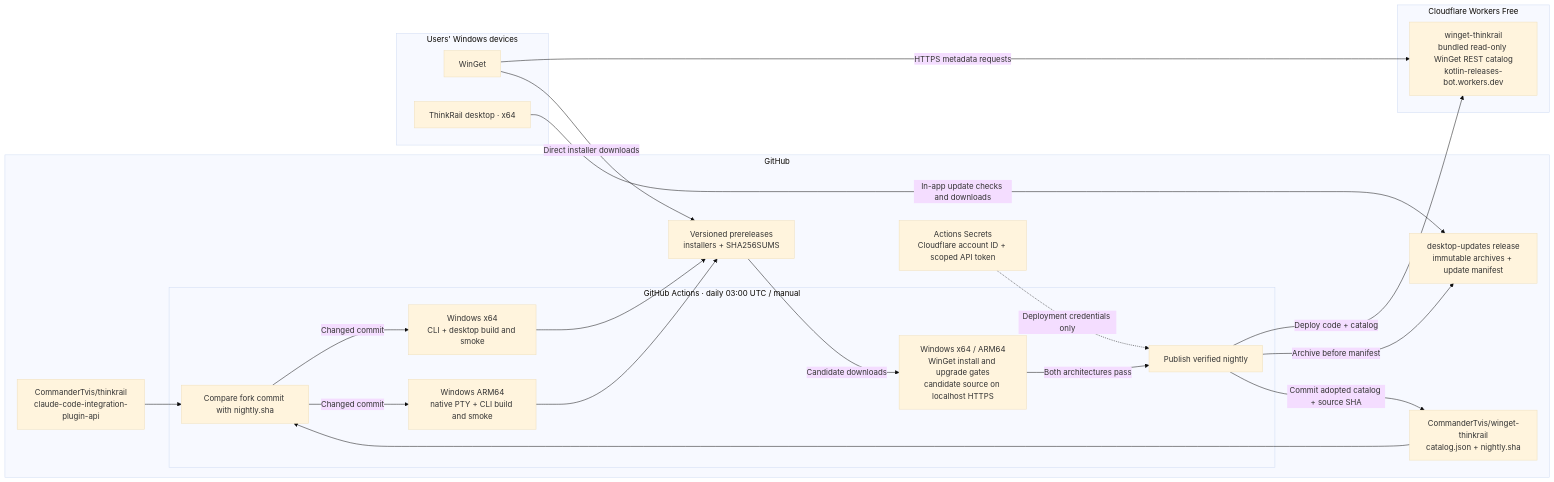
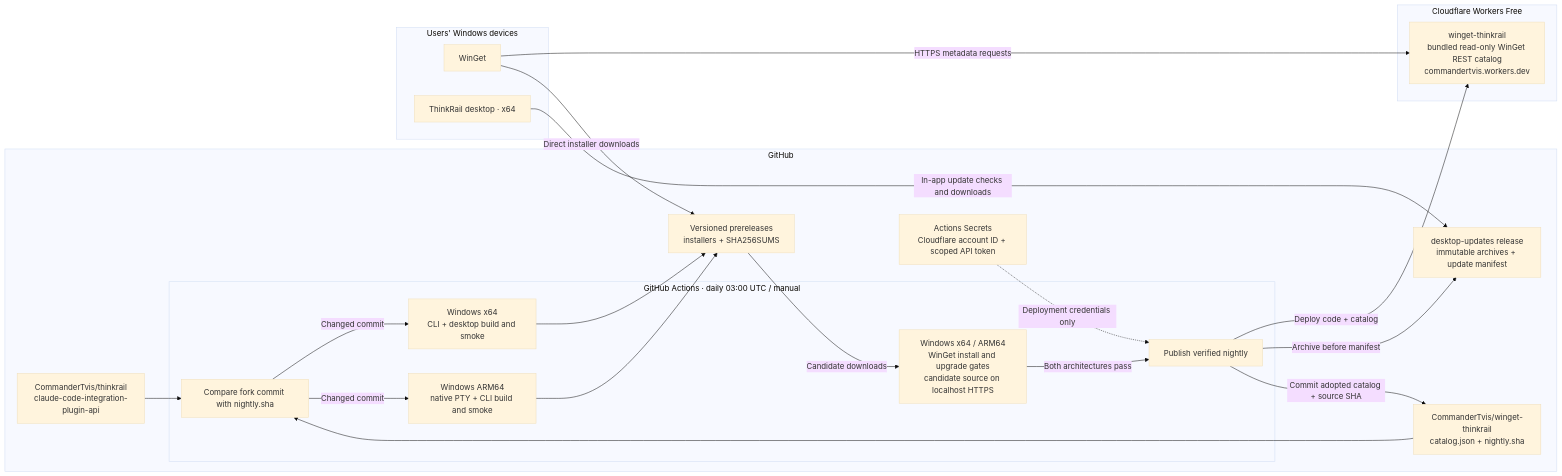
The diagram in architecture.md (CommanderTvis/winget-thinkrail), drawn with Mermaid (base theme) before and after one commit. The commit also changed other lines of this file and 3 other files, not shown here.

Commit message:
Use the commandertvis hostname and pin WinGet bootstrap

````diff
--- a/architecture.md
+++ b/architecture.md
@@ -11,42 +11,42 @@
 ```mermaid
 flowchart LR
   subgraph GitHub["GitHub"]
     fork["CommanderTvis/thinkrail<br/>claude-code-integration-plugin-api"]
     repo["CommanderTvis/winget-thinkrail<br/>catalog.json + nightly.sha"]
     subgraph CI["GitHub Actions · daily 03:00 UTC / manual"]
       compare["Compare fork commit with nightly.sha"]
       x64["Windows x64<br/>CLI + desktop build and smoke"]
       arm64["Windows ARM64<br/>native PTY + CLI build and smoke"]
       gates["Windows x64 / ARM64<br/>WinGet install and upgrade gates<br/>candidate source on localhost HTTPS"]
       publish["Publish verified nightly"]
     end
     releases["Versioned prereleases<br/>installers + SHA256SUMS"]
     feed["desktop-updates release<br/>immutable archives + update manifest"]
     secrets["Actions Secrets<br/>Cloudflare account ID + scoped API token"]
   end
 
   subgraph Cloudflare["Cloudflare Workers Free"]
-    worker["winget-thinkrail<br/>bundled read-only WinGet REST catalog<br/>kotlin-releases-bot.workers.dev"]
+    worker["winget-thinkrail<br/>bundled read-only WinGet REST catalog<br/>commandertvis.workers.dev"]
   end
 
   subgraph Windows["Users' Windows devices"]
     winget["WinGet"]
     desktop["ThinkRail desktop · x64"]
   end
 
   fork --> compare
   repo --> compare
   compare -->|Changed commit| x64
   compare -->|Changed commit| arm64
   x64 --> releases
   arm64 --> releases
   releases -->|Candidate downloads| gates
   gates -->|Both architectures pass| publish
   secrets -.->|Deployment credentials only| publish
   publish -->|Deploy code + catalog| worker
   publish -->|Archive before manifest| feed
   publish -->|Commit adopted catalog + source SHA| repo
   winget -->|HTTPS metadata requests| worker
   winget -->|Direct installer downloads| releases
   desktop -->|In-app update checks and downloads| feed
 ```
````
